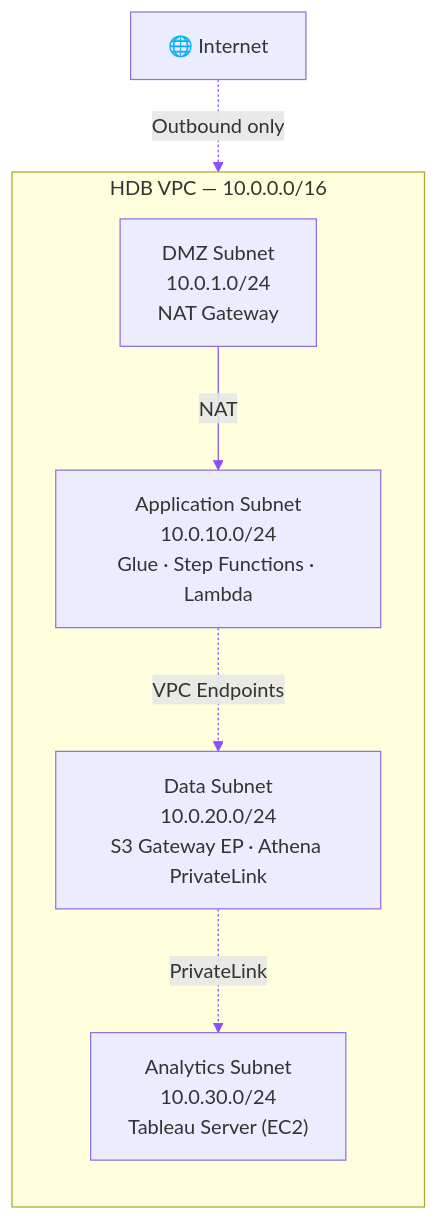
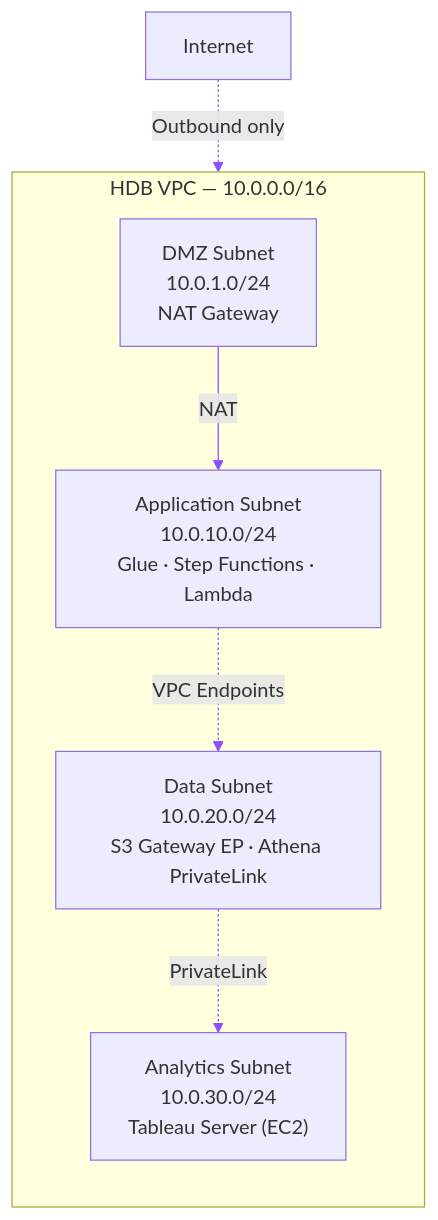
The fifth of 5 diagrams in architecture/ARCHITECTURE.md (jxhnthan/HDB), drawn with Mermaid before and after one commit. The commit also changed other lines of this file, not shown here.

````diff
--- a/architecture/ARCHITECTURE.md
+++ b/architecture/ARCHITECTURE.md
@@ -174,18 +172,18 @@
 ```mermaid
 %%{init: {"flowchart": {"htmlLabels": true, "curve": "basis"}, "themeVariables": {"primaryColor": "#f9f7ff", "primaryBorderColor": "#8c4fff", "lineColor": "#8c4fff", "tertiaryColor": "#f0f2f5"}}}%%
 flowchart TB
-    INTERNET["🌐 Internet"]
+    INTERNET["Internet"]
 
     subgraph VPC["HDB VPC — 10.0.0.0/16"]
         direction TB
         DMZ["DMZ Subnet<br/>10.0.1.0/24<br/>NAT Gateway"]
         APP["Application Subnet<br/>10.0.10.0/24<br/>Glue · Step Functions · Lambda"]
         DATA["Data Subnet<br/>10.0.20.0/24<br/>S3 Gateway EP · Athena PrivateLink"]
         ANALYTICS["Analytics Subnet<br/>10.0.30.0/24<br/>Tableau Server (EC2)"]
     end
 
     INTERNET -.->|"Outbound only"| DMZ
     DMZ -->|"NAT"| APP
     APP -.->|"VPC Endpoints"| DATA
     DATA -.->|"PrivateLink"| ANALYTICS
 ```
````
